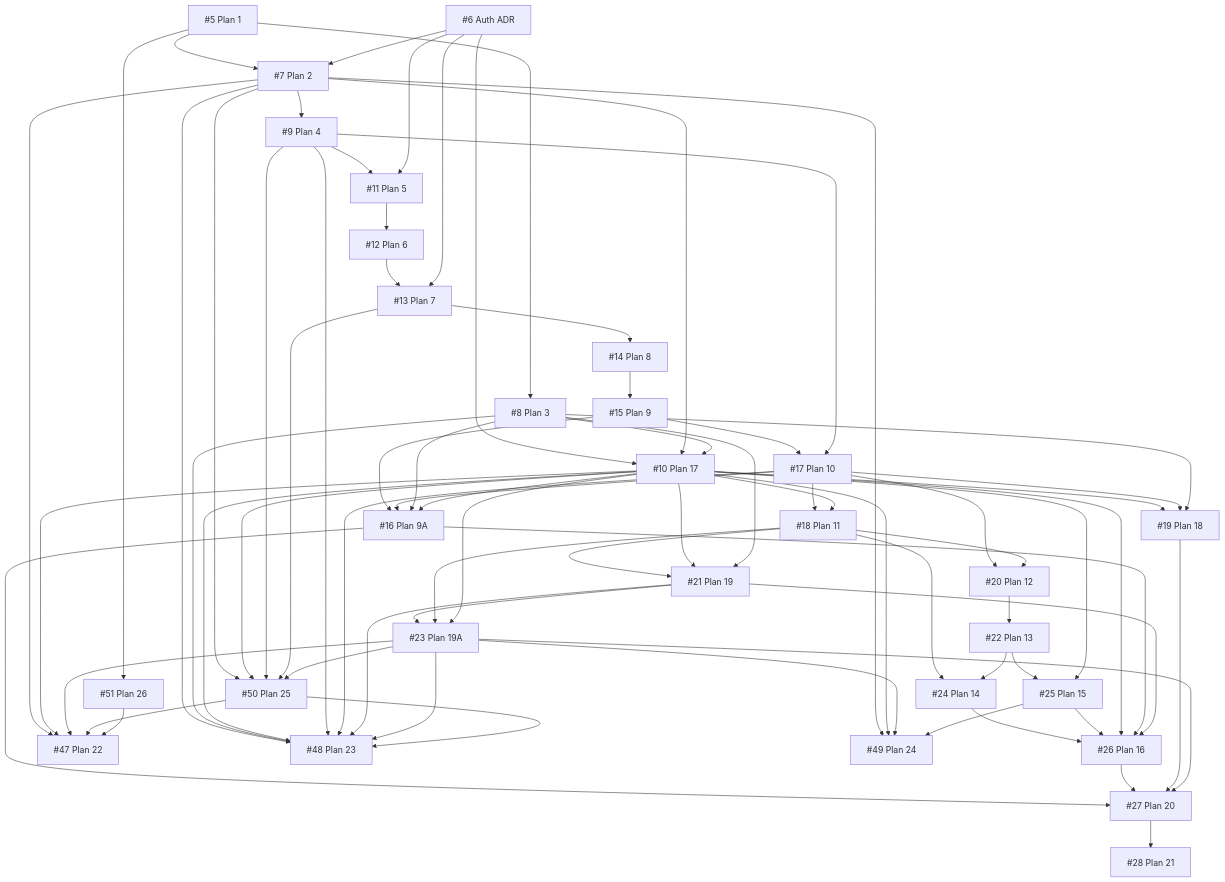
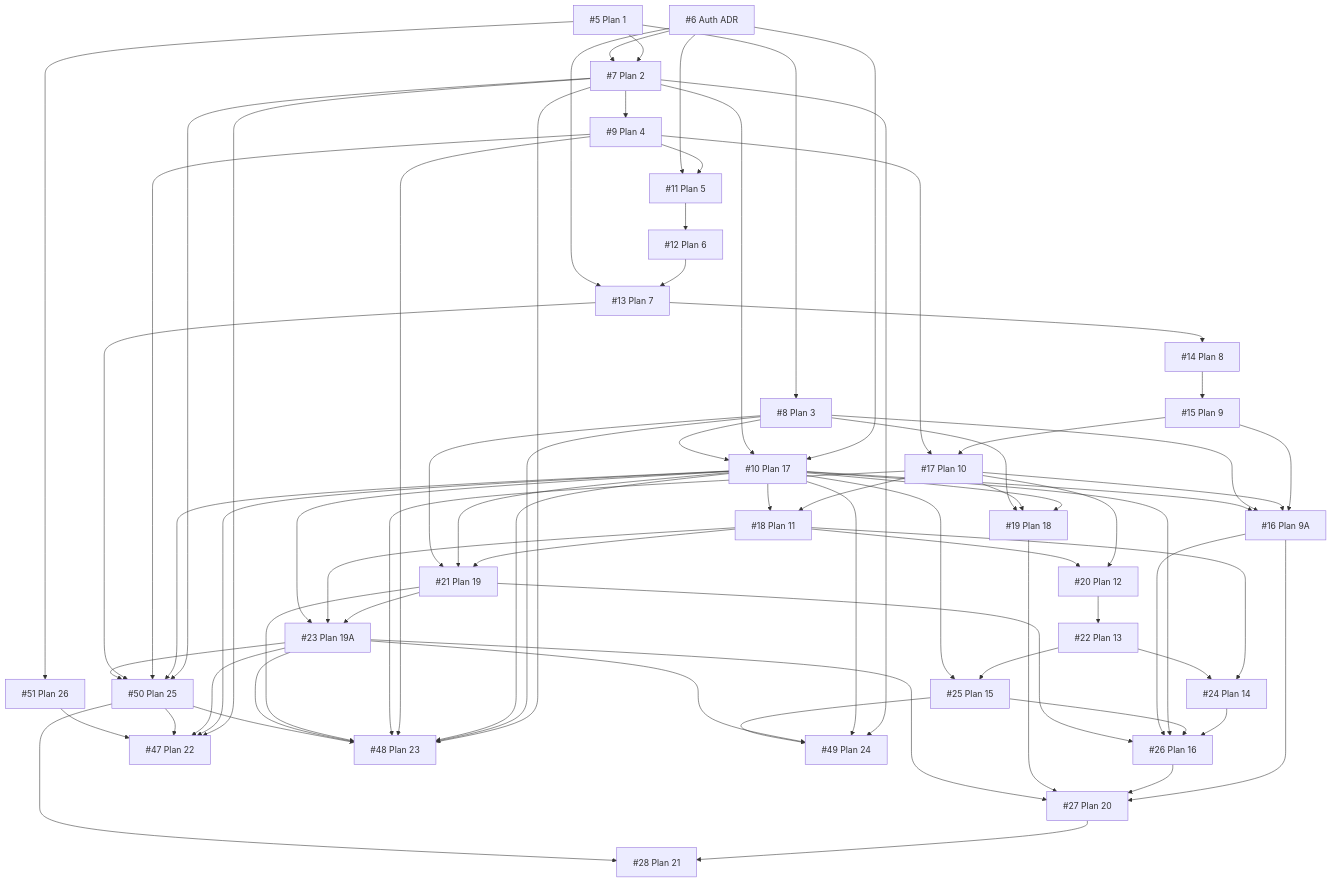
One commit to TomokiAkiyama06/server-sentinel changed the diagram in docs/INITIAL_ISSUES.md. Above: the diagram before and after it, drawn with Mermaid. The commit also changed other lines of this file and 1 other file, not shown here.

```diff
--- a/docs/INITIAL_ISSUES.md
+++ b/docs/INITIAL_ISSUES.md
@@ -141,6 +141,7 @@
   i19 --> i27
   i23 --> i27
   i27 --> i28
+  i50 --> i28
   i7 --> i47
   i10 --> i47
   i23 --> i47
```
